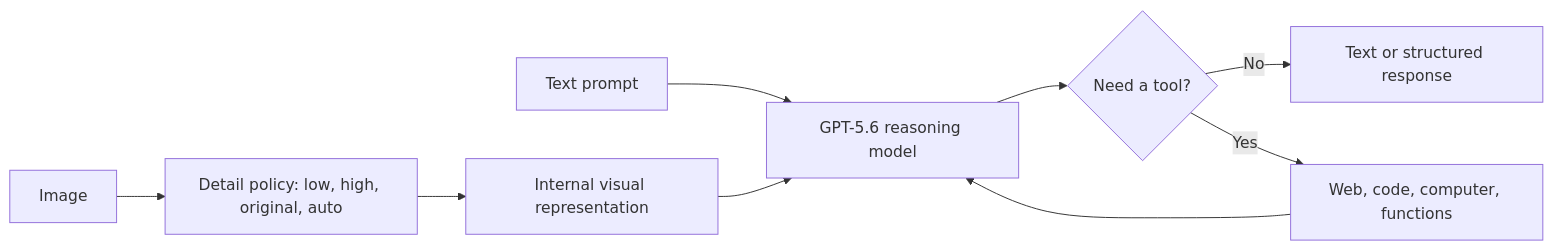
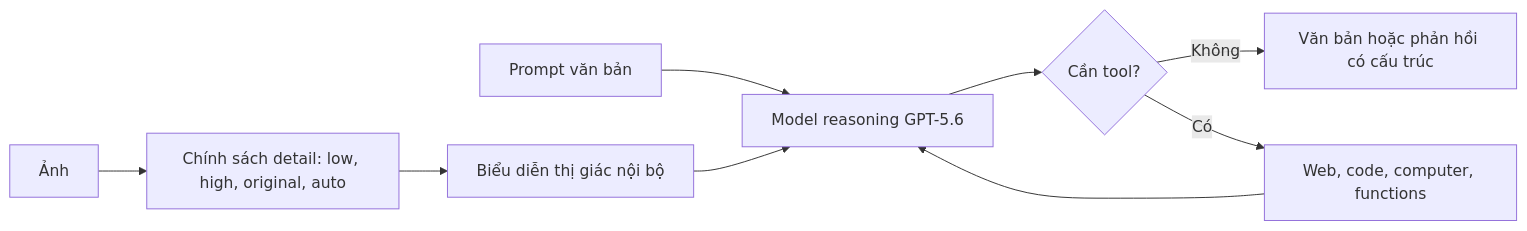
The third of 8 diagrams in docs/research_finding/01-gwen/broad_overview/LLM_VLM/recent_vlm_overview.md (cycler04/VinRobotics-VLA), drawn with Mermaid before and after one commit. The commit also changed other lines of this file and 79 other files, not shown here.

````diff
--- a/docs/research_finding/01-gwen/broad_overview/LLM_VLM/recent_vlm_overview.md
+++ b/docs/research_finding/01-gwen/broad_overview/LLM_VLM/recent_vlm_overview.md
@@ -215,11 +223,11 @@
 ```mermaid
 flowchart LR
-    I[Image] --> D[Detail policy: low, high, original, auto]
-    D --> VT[Internal visual representation]
-    T[Text prompt] --> M[GPT-5.6 reasoning model]
+    I[Ảnh] --> D[Chính sách detail: low, high, original, auto]
+    D --> VT[Biểu diễn thị giác nội bộ]
+    T[Prompt văn bản] --> M[Model reasoning GPT-5.6]
     VT --> M
-    M --> Q{Need a tool?}
-    Q -->|No| O[Text or structured response]
-    Q -->|Yes| X[Web, code, computer, functions]
+    M --> Q{Cần tool?}
+    Q -->|Không| O[Văn bản hoặc phản hồi có cấu trúc]
+    Q -->|Có| X[Web, code, computer, functions]
     X --> M
 ```
````
